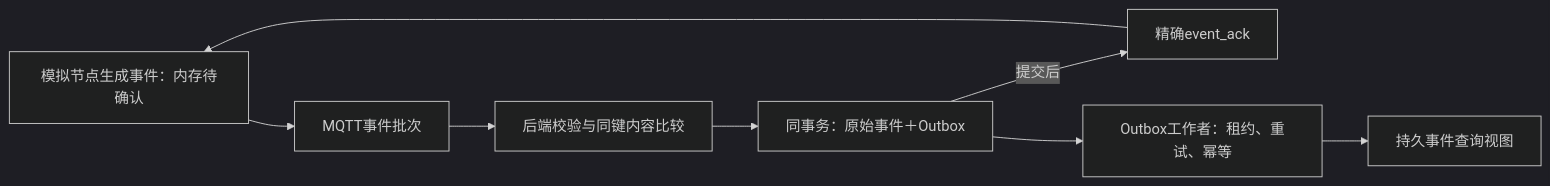
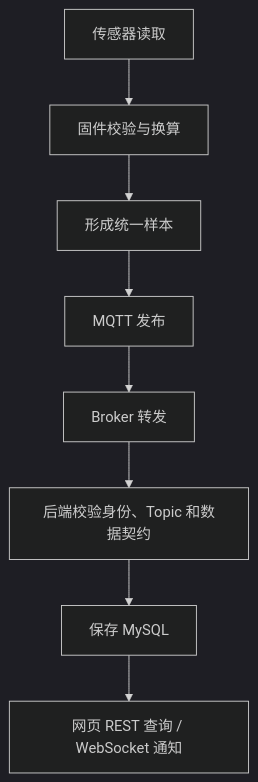
One commit to fcj0633/SmartBox changed the second of 3 diagrams in README.md. Above: the diagram before and after it, drawn with Mermaid (dark theme). The commit also changed other lines of this file, not shown here.

````diff
--- a/README.md
+++ b/README.md
@@ -57,10 +155,10 @@
-```mermaid
-flowchart LR
-  A[模拟节点生成事件：内存待确认] --> B[MQTT事件批次]
-  B --> C[后端校验与同键内容比较]
-  C --> D[同事务：原始事件＋Outbox]
-  D -->|提交后| E[精确event_ack]
-  E --> A
-  D --> F[Outbox工作者：租约、重试、幂等]
-  F --> G[持久事件查询视图]
-```
+~~~mermaid
+flowchart TD
+  A["传感器读取"] --> B["固件校验与换算"]
+  B --> C["形成统一样本"]
+  C --> D["MQTT 发布"]
+  D --> E["Broker 转发"]
+  E --> F["后端校验身份、Topic 和数据契约"]
+  F --> G["保存 MySQL"]
+  G --> H["网页 REST 查询 / WebSocket 通知"]
+~~~
````
